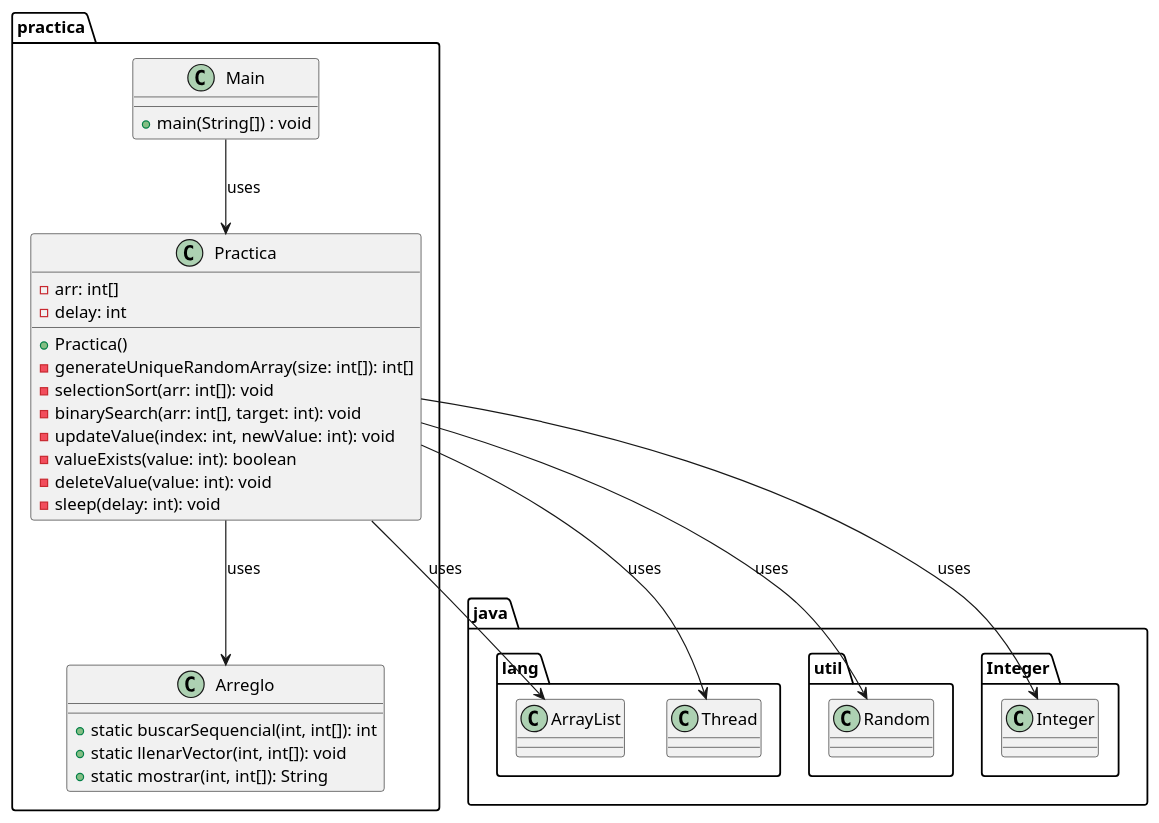
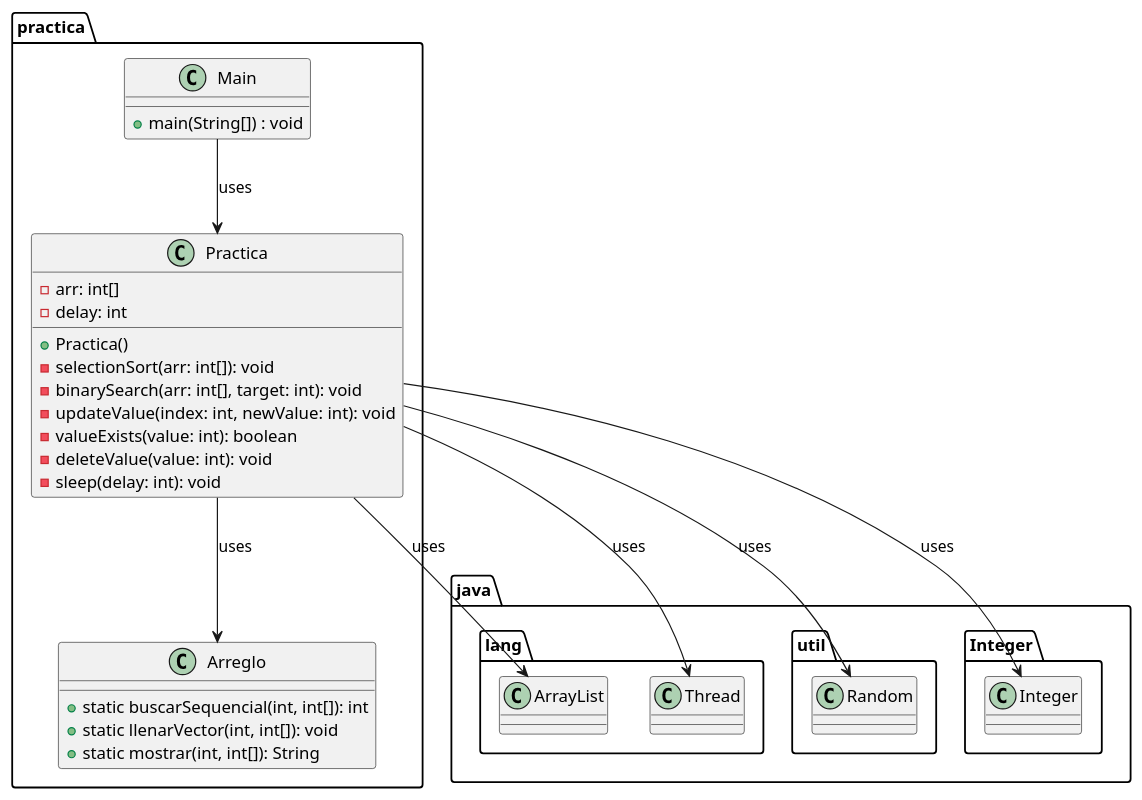
Before and after one commit to Santiago1809/practica-2-logica-programacion: the diagram in src/Diagrama.puml, drawn with PlantUML.

Commit message:
Finalización diagrama de clases

```diff
--- a/src/Diagrama.puml
+++ b/src/Diagrama.puml
@@ -1,31 +1,30 @@
 @startuml
 
 class practica.Practica {
     - arr: int[]
     - delay: int
     + Practica()
-    - generateUniqueRandomArray(size: int[]): int[]
     - selectionSort(arr: int[]): void
     - binarySearch(arr: int[], target: int): void
     - updateValue(index: int, newValue: int): void
     - valueExists(value: int): boolean
     - deleteValue(value: int): void
     - sleep(delay: int): void
 }
 
 class practica.Arreglo {
     + static buscarSequencial(int, int[]): int
     + static llenarVector(int, int[]): void
     + static mostrar(int, int[]): String
 }
 
 class practica.Main {
     + main(String[]) : void
 }
 Practica --> Arreglo : uses
 Practica --> java.lang.ArrayList : uses
 Practica --> java.util.Random : uses
 Practica --> java.Integer.Integer : uses
 Practica --> java.lang.Thread : uses
 Main --> Practica : uses
 @enduml
```
